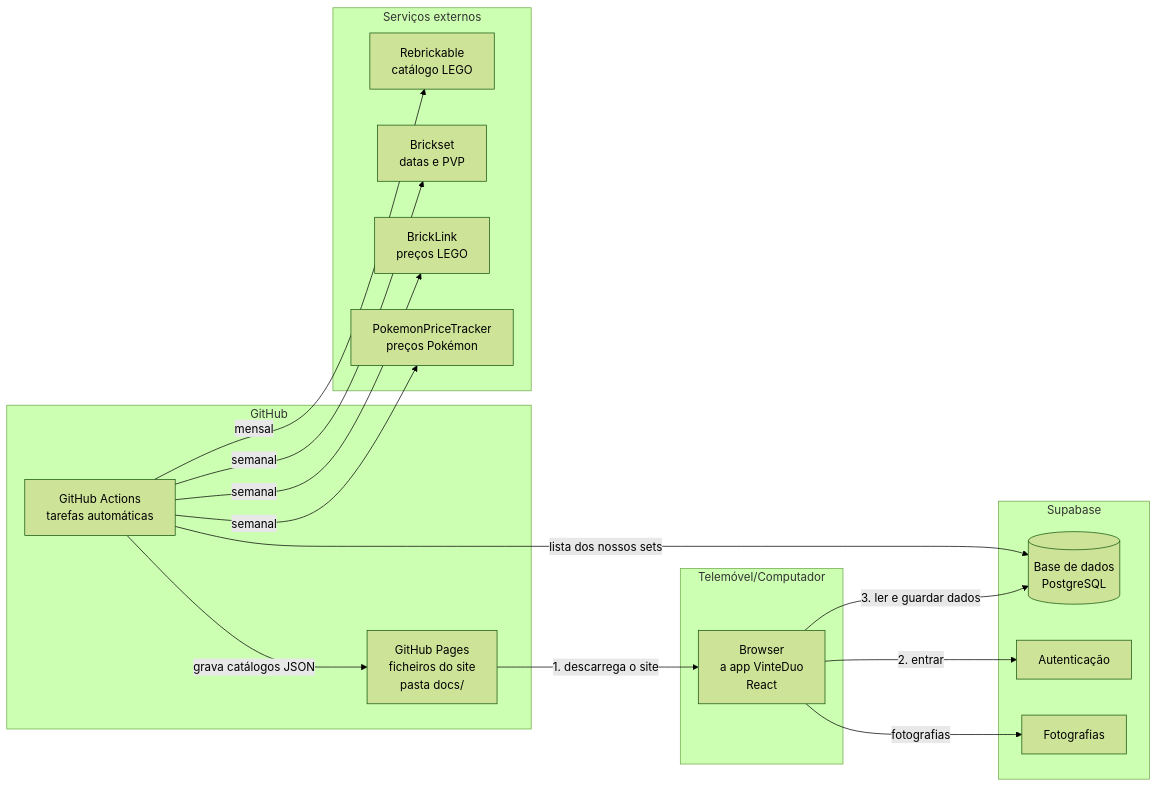
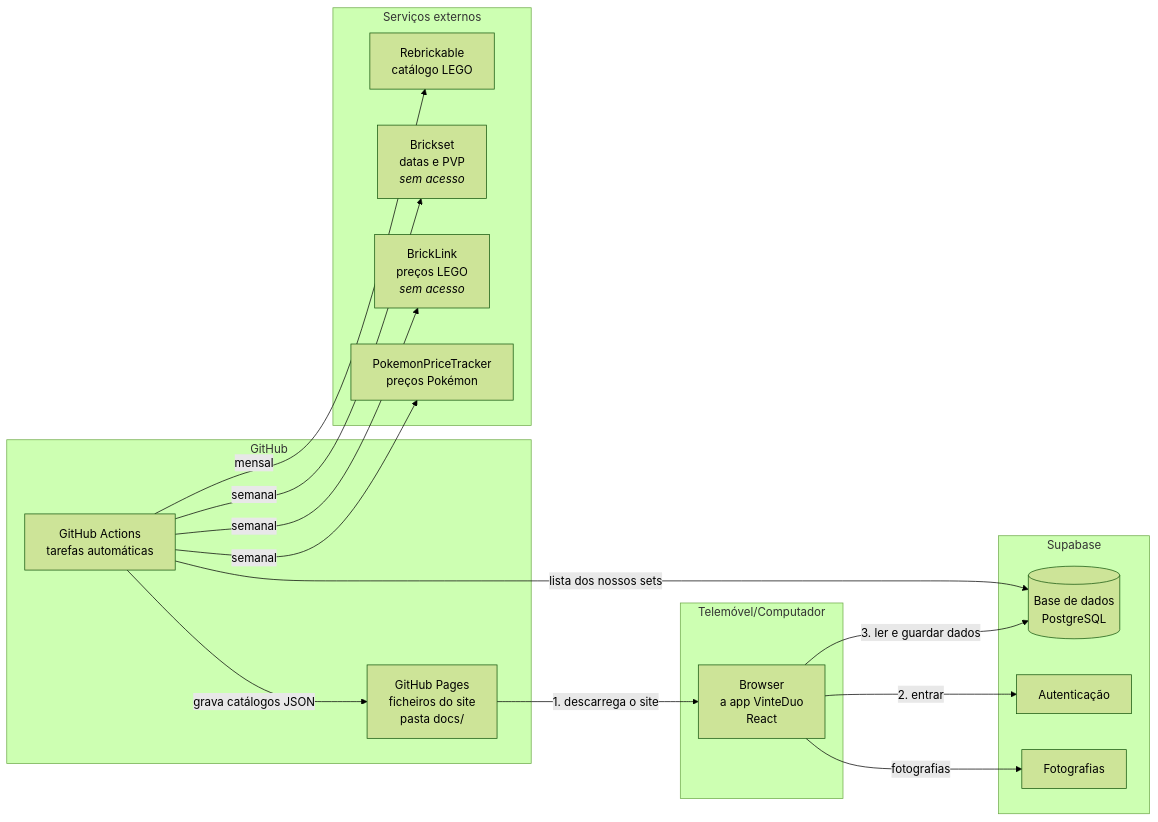
The first of 4 diagrams in README.md (RicardoMarquesCardoso/gestao-vinted), drawn with Mermaid (forest theme) before and after one commit. The commit also changed other lines of this file and 11 other files, not shown here.

````diff
--- a/README.md
+++ b/README.md
@@ -48,30 +48,30 @@
 ```mermaid
 flowchart LR
   subgraph Telemóvel/Computador
     A[Browser<br/>a app VinteDuo<br/>React]
   end
   subgraph GitHub
     P[GitHub Pages<br/>ficheiros do site<br/>pasta docs/]
     G[GitHub Actions<br/>tarefas automáticas]
   end
   subgraph Supabase
     DB[(Base de dados<br/>PostgreSQL)]
     AU[Autenticação]
     ST[Fotografias]
   end
   subgraph Serviços externos
     RB[Rebrickable<br/>catálogo LEGO]
-    BS[Brickset<br/>datas e PVP]
-    BL[BrickLink<br/>preços LEGO]
+    BS[Brickset<br/>datas e PVP<br/><i>sem acesso</i>]
+    BL[BrickLink<br/>preços LEGO<br/><i>sem acesso</i>]
     PT[PokemonPriceTracker<br/>preços Pokémon]
   end
 
   P -- "1. descarrega o site" --> A
   A -- "2. entrar" --> AU
   A -- "3. ler e guardar dados" --> DB
   A -- fotografias --> ST
   G -- "mensal" --> RB
   G -- "semanal" --> BS & BL & PT
   G -- "grava catálogos JSON" --> P
   G -- "lista dos nossos sets" --> DB
 ```
````
